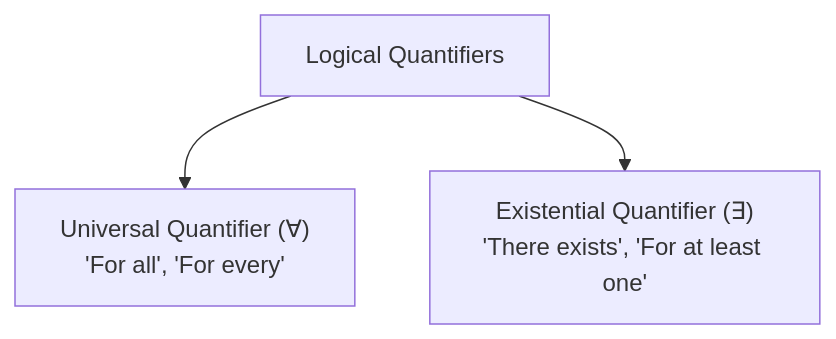
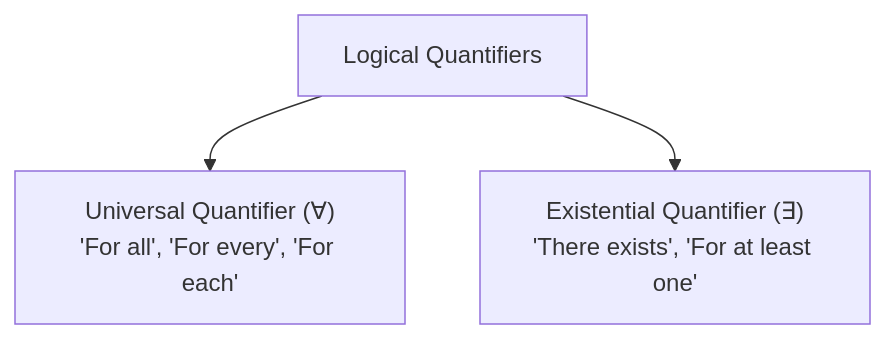
The fifth of 5 diagrams in content/Year 1/Mathematics in the Modern World/2. Mathematical Language, Sets, and Logic.md (aidocmr/learn-bscs), drawn with Mermaid before and after one commit. The commit also changed other lines of this file and 41 other files, not shown here.

````diff
--- a/content/Year 1/Mathematics in the Modern World/2. Mathematical Language, Sets, and Logic.md
+++ b/content/Year 1/Mathematics in the Modern World/2. Mathematical Language, Sets, and Logic.md
@@ -48,5 +157,5 @@
 ```mermaid
 graph TD
-    Quant["Logical Quantifiers"] --> Univ["Universal Quantifier (∀)<br/>'For all', 'For every'"]
+    Quant["Logical Quantifiers"] --> Univ["Universal Quantifier (∀)<br/>'For all', 'For every', 'For each'"]
     Quant --> Exist["Existential Quantifier (∃)<br/>'There exists', 'For at least one'"]
 ```
````
